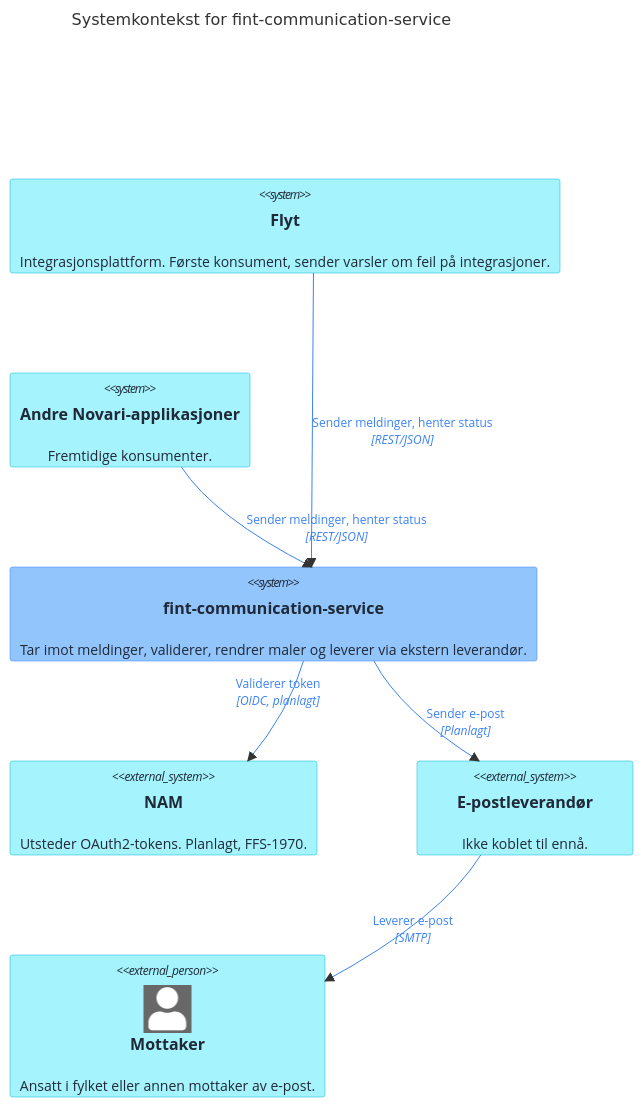
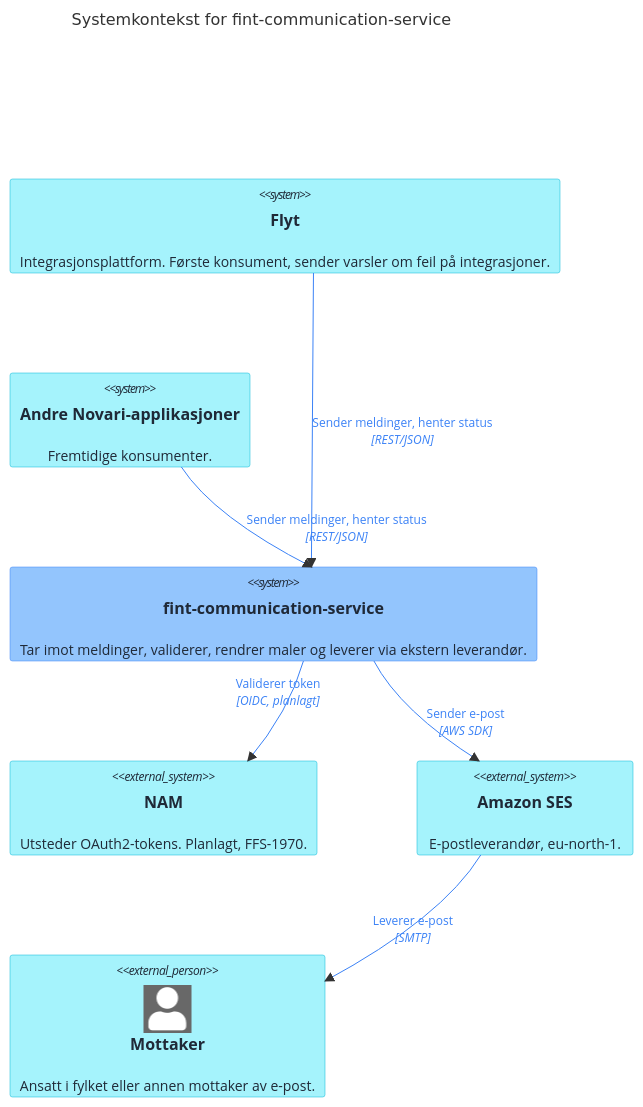
The first of 14 diagrams in docs/architecture.md (FINTLabs/fint-communication-service), drawn with Mermaid before and after one commit. The commit also changed other lines of this file and 14 other files, not shown here.

First line of the commit message:
feat: send email via Amazon SES

````diff
--- a/docs/architecture.md
+++ b/docs/architecture.md
@@ -36,30 +36,30 @@
 ```mermaid
 C4Context
     title Systemkontekst for fint-communication-service
 
     System(flyt, "Flyt", "Integrasjonsplattform. Første konsument, sender varsler om feil på integrasjoner.")
     System(andre, "Andre Novari-applikasjoner", "Fremtidige konsumenter.")
     System(comm, "fint-communication-service", "Tar imot meldinger, validerer, rendrer maler og leverer via ekstern leverandør.")
     System_Ext(nam, "NAM", "Utsteder OAuth2-tokens. Planlagt, FFS-1970.")
-    System_Ext(provider, "E-postleverandør", "Ikke koblet til ennå.")
+    System_Ext(provider, "Amazon SES", "E-postleverandør, eu-north-1.")
     Person_Ext(mottaker, "Mottaker", "Ansatt i fylket eller annen mottaker av e-post.")
 
     Rel(flyt, comm, "Sender meldinger, henter status", "REST/JSON")
     Rel(andre, comm, "Sender meldinger, henter status", "REST/JSON")
     Rel(comm, nam, "Validerer token", "OIDC, planlagt")
-    Rel(comm, provider, "Sender e-post", "Planlagt")
+    Rel(comm, provider, "Sender e-post", "AWS SDK")
     Rel(provider, mottaker, "Leverer e-post", "SMTP")
 
     UpdateRelStyle(flyt, comm, $textColor="#3B82F6", $lineColor="#3B82F6")
     UpdateRelStyle(andre, comm, $textColor="#3B82F6", $lineColor="#3B82F6")
     UpdateRelStyle(comm, nam, $textColor="#3B82F6", $lineColor="#3B82F6", $offsetY="-30", $offsetX="-40")
     UpdateRelStyle(comm, provider, $textColor="#3B82F6", $lineColor="#3B82F6")
     UpdateRelStyle(provider, mottaker, $textColor="#3B82F6", $lineColor="#3B82F6", $offsetX="-30")
     UpdateElementStyle(comm, $bgColor="#93C5FD", $fontColor="#1F2937", $borderColor="#3B82F6")
     UpdateElementStyle(flyt, $bgColor="#A5F3FC", $fontColor="#1F2937", $borderColor="#06B6D4")
     UpdateElementStyle(andre, $bgColor="#A5F3FC", $fontColor="#1F2937", $borderColor="#06B6D4")
     UpdateElementStyle(nam, $bgColor="#A5F3FC", $fontColor="#1F2937", $borderColor="#06B6D4")
     UpdateElementStyle(provider, $bgColor="#A5F3FC", $fontColor="#1F2937", $borderColor="#06B6D4")
     UpdateElementStyle(mottaker, $bgColor="#A5F3FC", $fontColor="#1F2937", $borderColor="#06B6D4")
     UpdateLayoutConfig($c4ShapeInRow="2", $c4BoundaryInRow="1")
 ```
````
